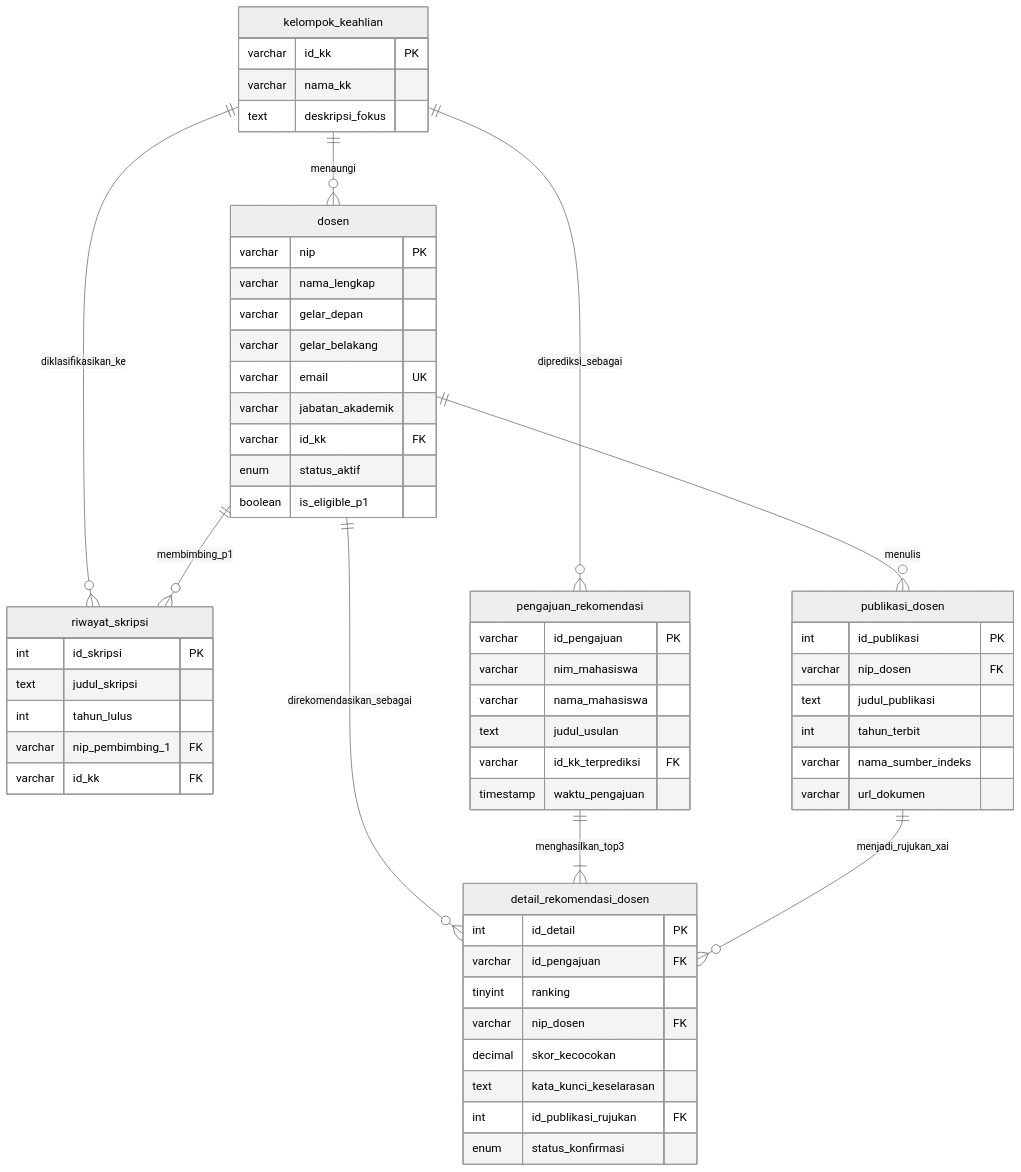
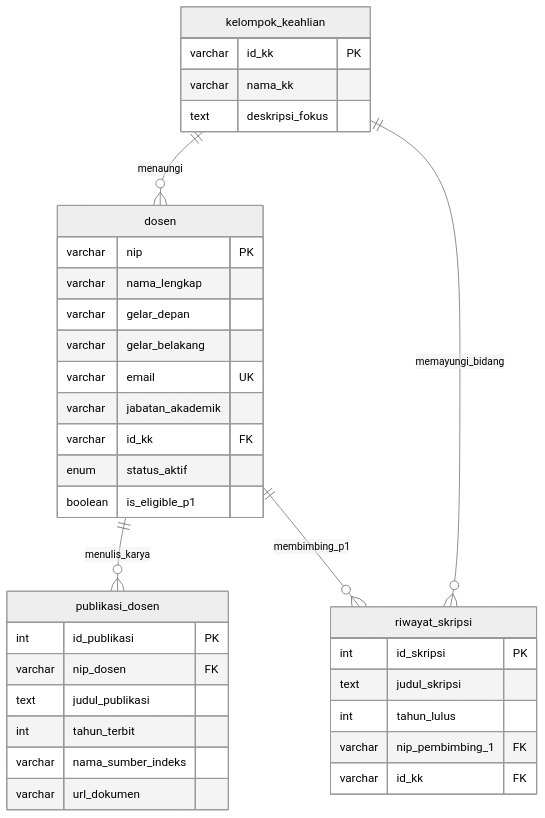
Before and after one commit to accfd/SI-REKTA: the first of 2 diagrams in docs/SI-REKTA_PRD.md, drawn with Mermaid (neutral theme). The commit also changed other lines of this file, not shown here.

Commit message:
docs: selaraskan skema database 3NF menjadi 4 repositori akademik murni dan lengkapi problem statement

````diff
--- a/docs/SI-REKTA_PRD.md
+++ b/docs/SI-REKTA_PRD.md
@@ -125,66 +123,42 @@
 ```mermaid
 erDiagram
     kelompok_keahlian ||--o{ dosen : "menaungi"
-    kelompok_keahlian ||--o{ riwayat_skripsi : "diklasifikasikan_ke"
-    kelompok_keahlian ||--o{ pengajuan_rekomendasi : "diprediksi_sebagai"
-    dosen ||--o{ publikasi_dosen : "menulis"
+    kelompok_keahlian ||--o{ riwayat_skripsi : "memayungi_bidang"
+    dosen ||--o{ publikasi_dosen : "menulis_karya"
     dosen ||--o{ riwayat_skripsi : "membimbing_p1"
-    dosen ||--o{ detail_rekomendasi_dosen : "direkomendasikan_sebagai"
-    pengajuan_rekomendasi ||--|{ detail_rekomendasi_dosen : "menghasilkan_top3"
-    publikasi_dosen ||--o{ detail_rekomendasi_dosen : "menjadi_rujukan_xai"
 
     kelompok_keahlian {
         varchar id_kk PK
         varchar nama_kk
         text deskripsi_fokus
     }
 
     dosen {
         varchar nip PK
         varchar nama_lengkap
         varchar gelar_depan
         varchar gelar_belakang
         varchar email UK
         varchar jabatan_akademik
         varchar id_kk FK
         enum status_aktif
         boolean is_eligible_p1
     }
 
     publikasi_dosen {
         int id_publikasi PK
         varchar nip_dosen FK
         text judul_publikasi
         int tahun_terbit
         varchar nama_sumber_indeks
         varchar url_dokumen
     }
 
     riwayat_skripsi {
         int id_skripsi PK
         text judul_skripsi
         int tahun_lulus
         varchar nip_pembimbing_1 FK
         varchar id_kk FK
     }
-
-    pengajuan_rekomendasi {
-        varchar id_pengajuan PK
-        varchar nim_mahasiswa
-        varchar nama_mahasiswa
-        text judul_usulan
-        varchar id_kk_terprediksi FK
-        timestamp waktu_pengajuan
-    }
-
-    detail_rekomendasi_dosen {
-        int id_detail PK
-        varchar id_pengajuan FK
-        tinyint ranking
-        varchar nip_dosen FK
-        decimal skor_kecocokan
-        text kata_kunci_keselarasan
-        int id_publikasi_rujukan FK
-        enum status_konfirmasi
-    }
 ```
````
